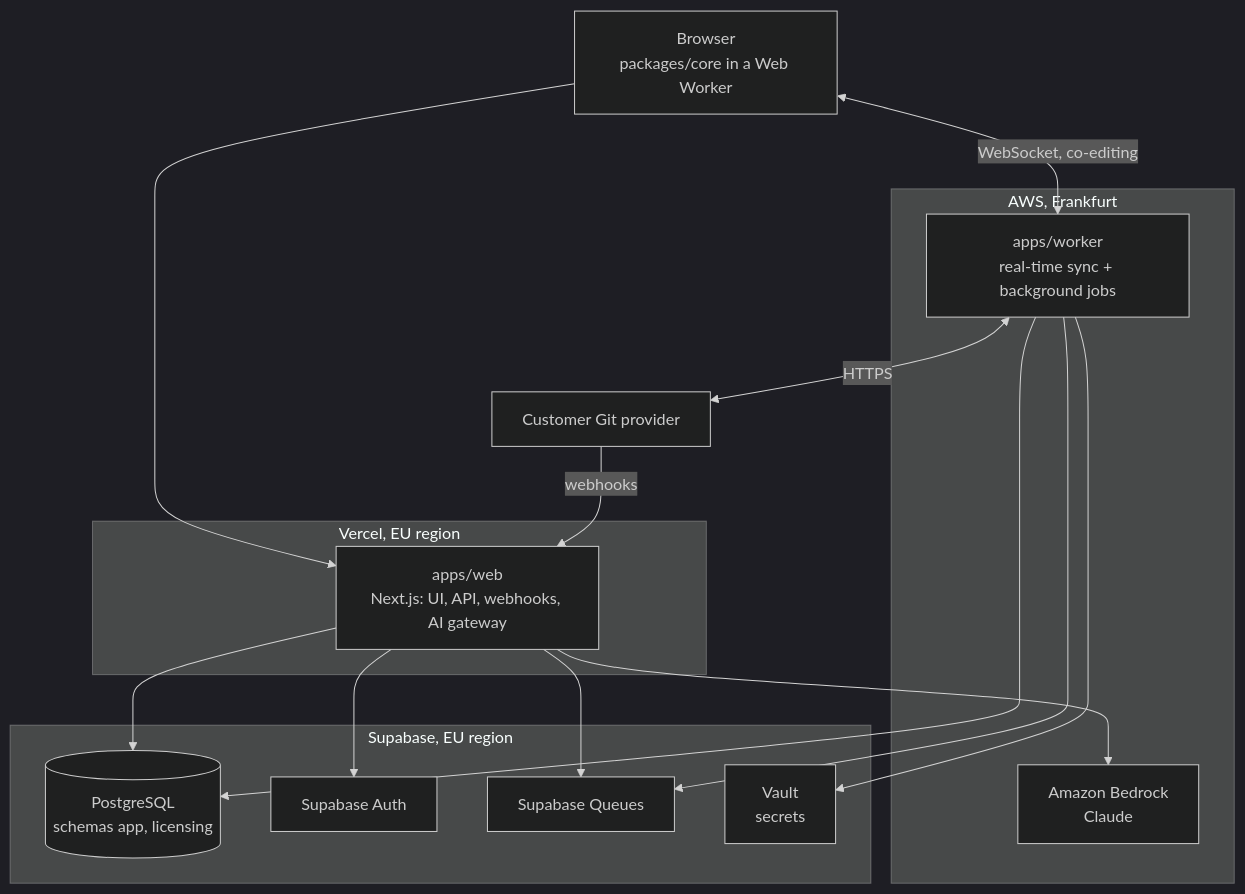
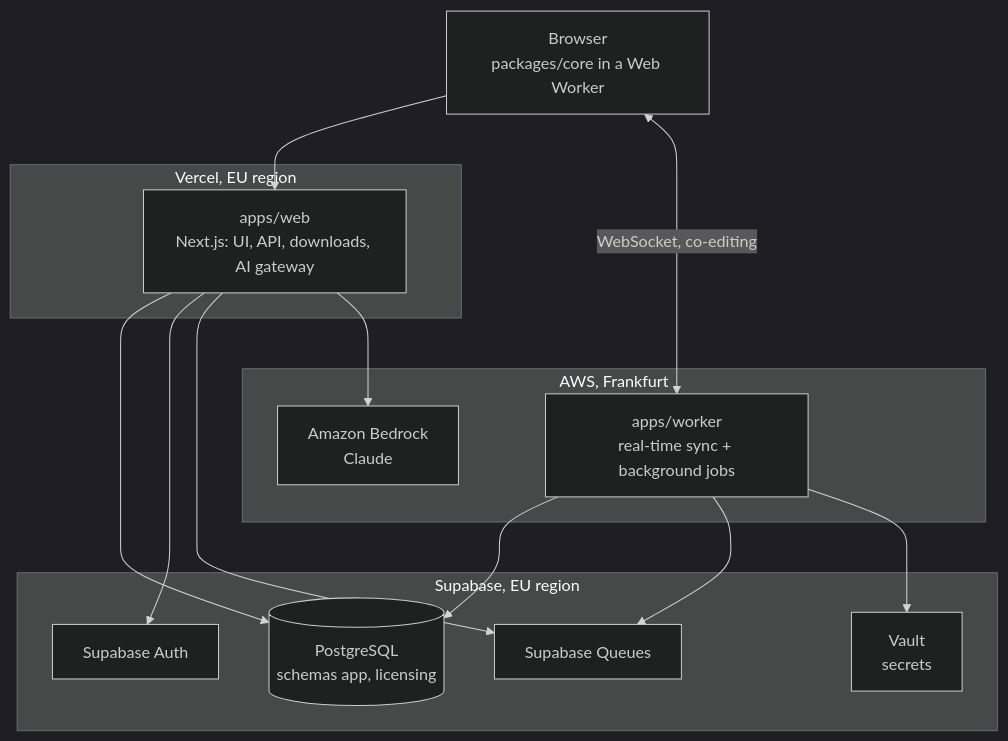
One commit to CorentinHmn/Abyss-Atlas changed the second of 4 diagrams in docs/04-architecture.md. Above: the diagram before and after it, drawn with Mermaid (dark theme). The commit also changed other lines of this file and 4 other files, not shown here.

First line of the commit message:
docs: replace Git sync with in-app versions and downloads in architecture

````diff
--- a/docs/04-architecture.md
+++ b/docs/04-architecture.md
@@ -35,27 +37,25 @@
 ```mermaid
 flowchart TB
   subgraph Vercel [Vercel, EU region]
-    web[apps/web<br/>Next.js: UI, API, webhooks, AI gateway]
+    web[apps/web<br/>Next.js: UI, API, downloads, AI gateway]
   end
   subgraph AWS [AWS, Frankfurt]
     worker[apps/worker<br/>real-time sync + background jobs]
     bedrock[Amazon Bedrock<br/>Claude]
   end
   subgraph Supabase [Supabase, EU region]
     db[(PostgreSQL<br/>schemas app, licensing)]
     auth[Supabase Auth]
     queue[Supabase Queues]
     vault[Vault<br/>secrets]
   end
   browser[Browser<br/>packages/core in a Web Worker] --> web
   browser <-->|WebSocket, co-editing| worker
   web --> db
   web --> auth
   web --> queue
   web --> bedrock
   worker --> db
   worker --> queue
   worker --> vault
-  worker <-->|HTTPS| git[Customer Git provider]
-  git -->|webhooks| web
 ```
````
